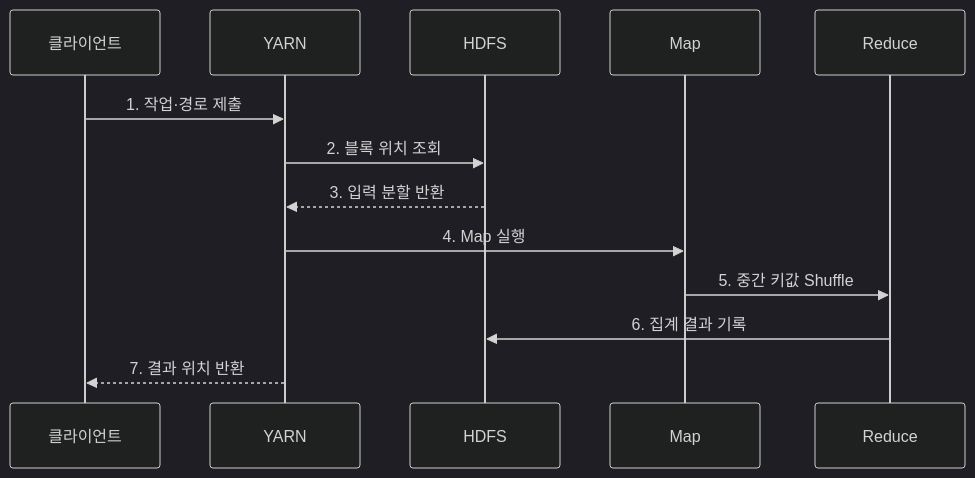
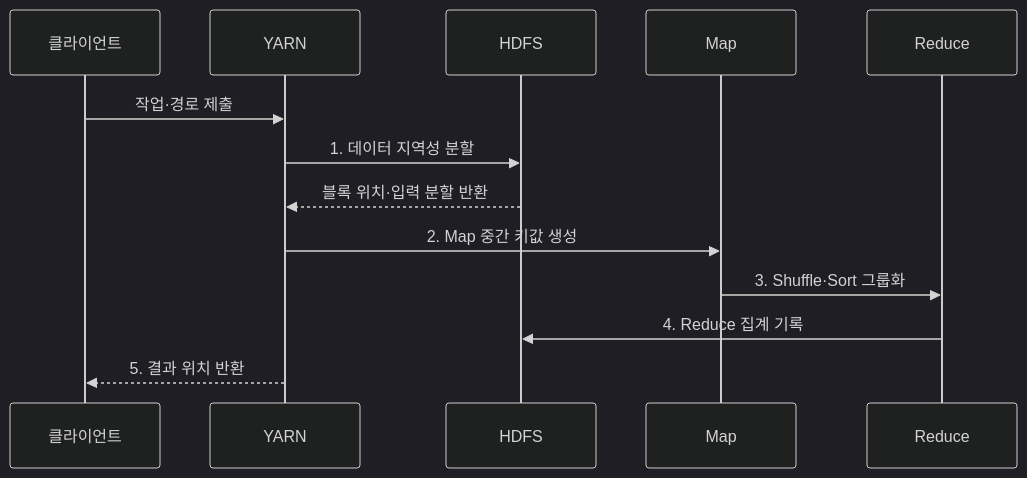
The second of 2 diagrams in src/content/docs/notes/03-software/116_hadoop_mapreduce.md (agnusdei1207/knowledge-base), drawn with Mermaid (dark theme) before and after one commit. The commit also changed other lines of this file and 238 other files, not shown here.

````diff
--- a/src/content/docs/notes/03-software/116_hadoop_mapreduce.md
+++ b/src/content/docs/notes/03-software/116_hadoop_mapreduce.md
@@ -88,15 +88,15 @@
 ```mermaid
 sequenceDiagram
     participant C as 클라이언트
     participant Y as YARN
     participant H as HDFS
     participant M as Map
     participant R as Reduce
-    C->>Y: 1. 작업·경로 제출
-    Y->>H: 2. 블록 위치 조회
-    H-->>Y: 3. 입력 분할 반환
-    Y->>M: 4. Map 실행
-    M->>R: 5. 중간 키값 Shuffle
-    R->>H: 6. 집계 결과 기록
-    Y-->>C: 7. 결과 위치 반환
+    C->>Y: 작업·경로 제출
+    Y->>H: 1. 데이터 지역성 분할
+    H-->>Y: 블록 위치·입력 분할 반환
+    Y->>M: 2. Map 중간 키값 생성
+    M->>R: 3. Shuffle·Sort 그룹화
+    R->>H: 4. Reduce 집계 기록
+    Y-->>C: 5. 결과 위치 반환
 ```
````
